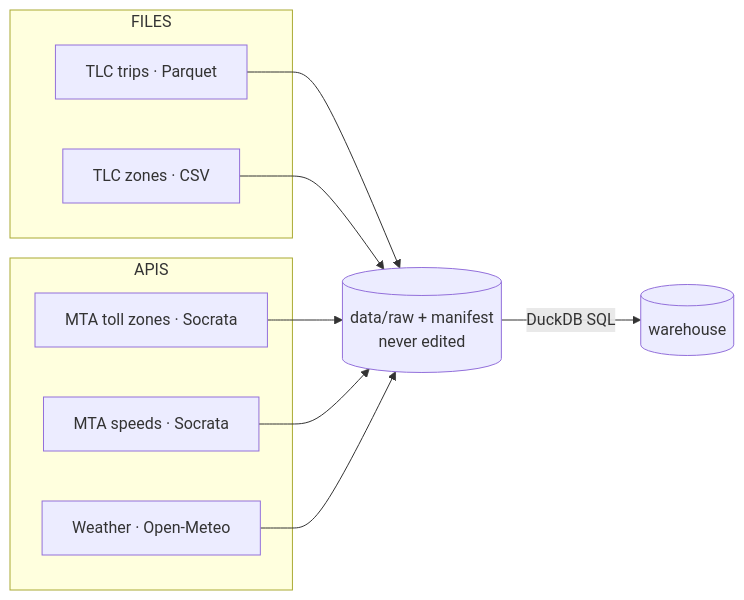
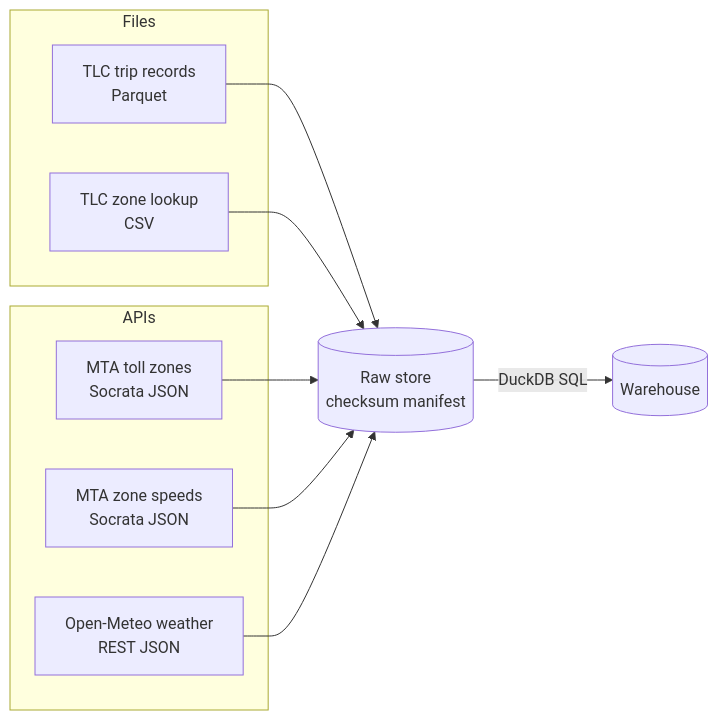
The first of 2 diagrams in assignment-2/README.md (palak348/FDE-Assignment), drawn with Mermaid before and after one commit. The commit also changed other lines of this file and 1 other file, not shown here.

````diff
--- a/assignment-2/README.md
+++ b/assignment-2/README.md
@@ -38,14 +65,14 @@
 ```mermaid
 flowchart LR
-    subgraph FILES
-      T[TLC trips · Parquet]
-      Z[TLC zones · CSV]
+    subgraph Files
+      T[TLC trip records<br/>Parquet]
+      Z[TLC zone lookup<br/>CSV]
     end
-    subgraph APIS
-      M[MTA toll zones · Socrata]
-      S[MTA speeds · Socrata]
-      W[Weather · Open-Meteo]
+    subgraph APIs
+      M[MTA toll zones<br/>Socrata JSON]
+      S[MTA zone speeds<br/>Socrata JSON]
+      W[Open-Meteo weather<br/>REST JSON]
     end
-    T & Z & M & S & W --> R[("data/raw + manifest<br/>never edited")]
-    R -->|DuckDB SQL| DB[(warehouse)]
+    T & Z & M & S & W --> R[("Raw store<br/>checksum manifest")]
+    R -->|DuckDB SQL| DB[(Warehouse)]
 ```
````
